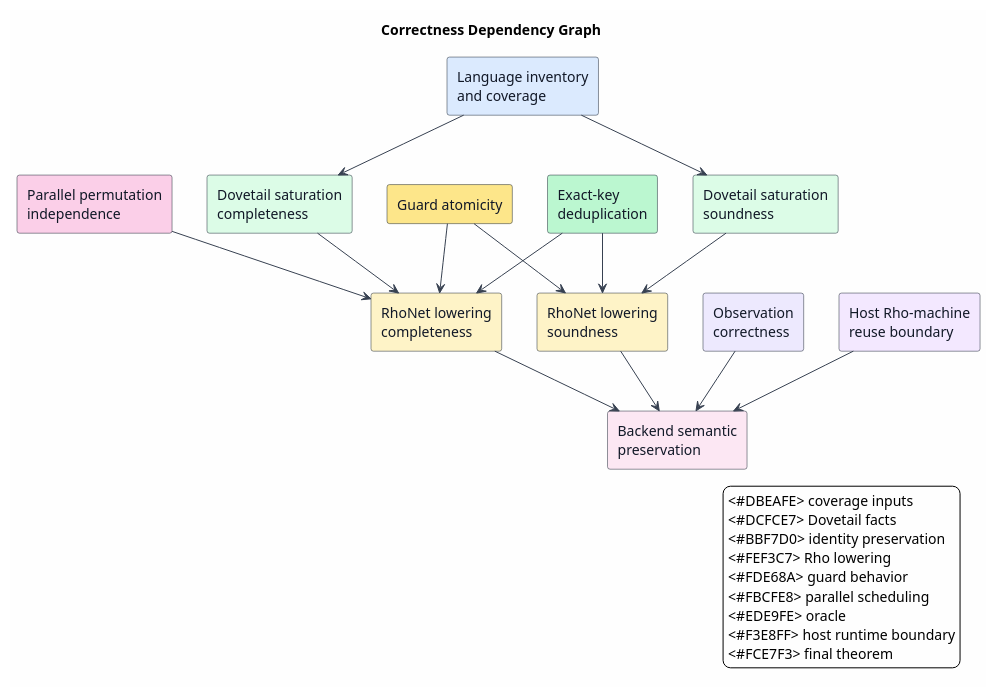
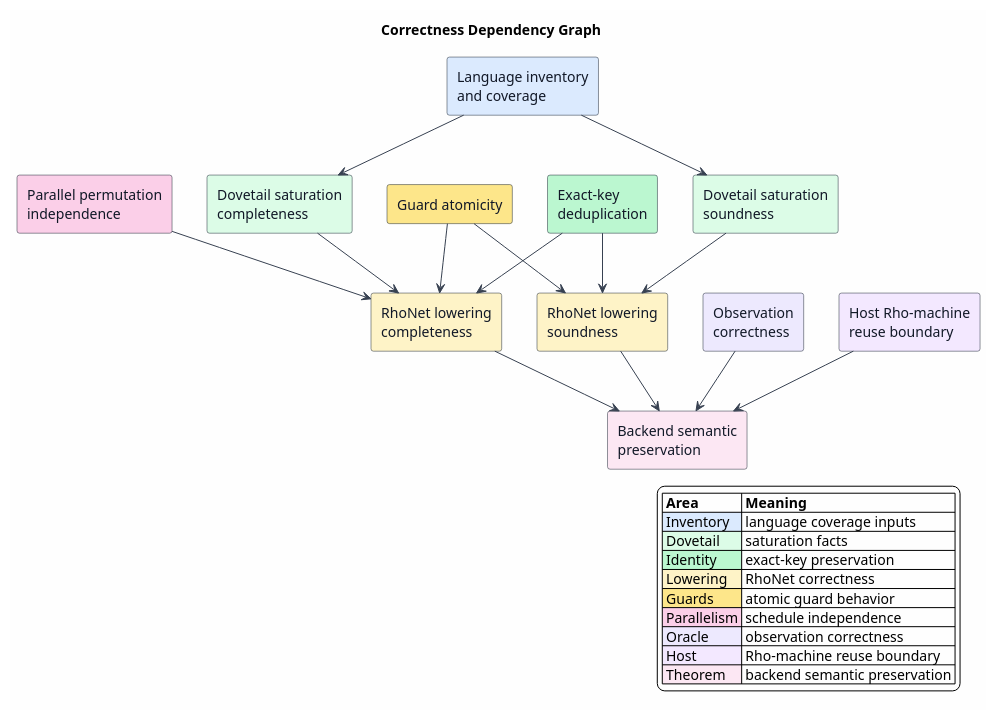
The diagram in docs/architecture/rho-native-integration/06-correctness-and-coverage.md (F1R3FLY-io/mettail-rust), drawn with PlantUML before and after one commit. The commit also changed 32 other files, not shown here.

First line of the commit message:
Add runtime backend capability metadata

````diff
--- a/docs/architecture/rho-native-integration/06-correctness-and-coverage.md
+++ b/docs/architecture/rho-native-integration/06-correctness-and-coverage.md
@@ -415,51 +415,52 @@
 ```plantuml
 @startuml
 title Correctness Dependency Graph
 
 skinparam backgroundColor #FEFEFE
 skinparam shadowing false
 skinparam rectangle {
   BorderColor #1F2937
   FontColor #111827
 }
 skinparam ArrowColor #374151
 
 rectangle "Language inventory\nand coverage" as Inventory #DBEAFE
 rectangle "Dovetail saturation\nsoundness" as DS #DCFCE7
 rectangle "Dovetail saturation\ncompleteness" as DC #DCFCE7
 rectangle "Exact-key\ndeduplication" as EK #BBF7D0
 rectangle "RhoNet lowering\nsoundness" as RS #FEF3C7
 rectangle "RhoNet lowering\ncompleteness" as RC #FEF3C7
 rectangle "Guard atomicity" as GA #FDE68A
 rectangle "Parallel permutation\nindependence" as PI #FBCFE8
 rectangle "Observation\ncorrectness" as OC #EDE9FE
 rectangle "Host Rho-machine\nreuse boundary" as HR #F3E8FF
 rectangle "Backend semantic\npreservation" as SP #FCE7F3
 
 Inventory --> DS
 Inventory --> DC
 DS --> RS
 DC --> RC
 EK --> RS
 EK --> RC
 GA --> RS
 GA --> RC
 PI --> RC
 RS --> SP
 RC --> SP
 OC --> SP
 HR --> SP
 
 legend right
-  <#DBEAFE> coverage inputs
-  <#DCFCE7> Dovetail facts
-  <#BBF7D0> identity preservation
-  <#FEF3C7> Rho lowering
-  <#FDE68A> guard behavior
-  <#FBCFE8> parallel scheduling
-  <#EDE9FE> oracle
-  <#F3E8FF> host runtime boundary
-  <#FCE7F3> final theorem
+|= Area |= Meaning |
+|<#DBEAFE> Inventory | language coverage inputs |
+|<#DCFCE7> Dovetail | saturation facts |
+|<#BBF7D0> Identity | exact-key preservation |
+|<#FEF3C7> Lowering | RhoNet correctness |
+|<#FDE68A> Guards | atomic guard behavior |
+|<#FBCFE8> Parallelism | schedule independence |
+|<#EDE9FE> Oracle | observation correctness |
+|<#F3E8FF> Host | Rho-machine reuse boundary |
+|<#FCE7F3> Theorem | backend semantic preservation |
 endlegend
 @enduml
 ```
````
